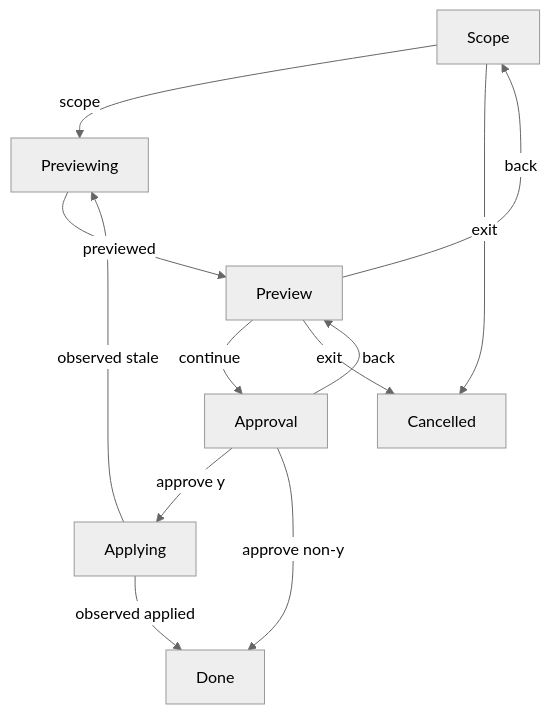
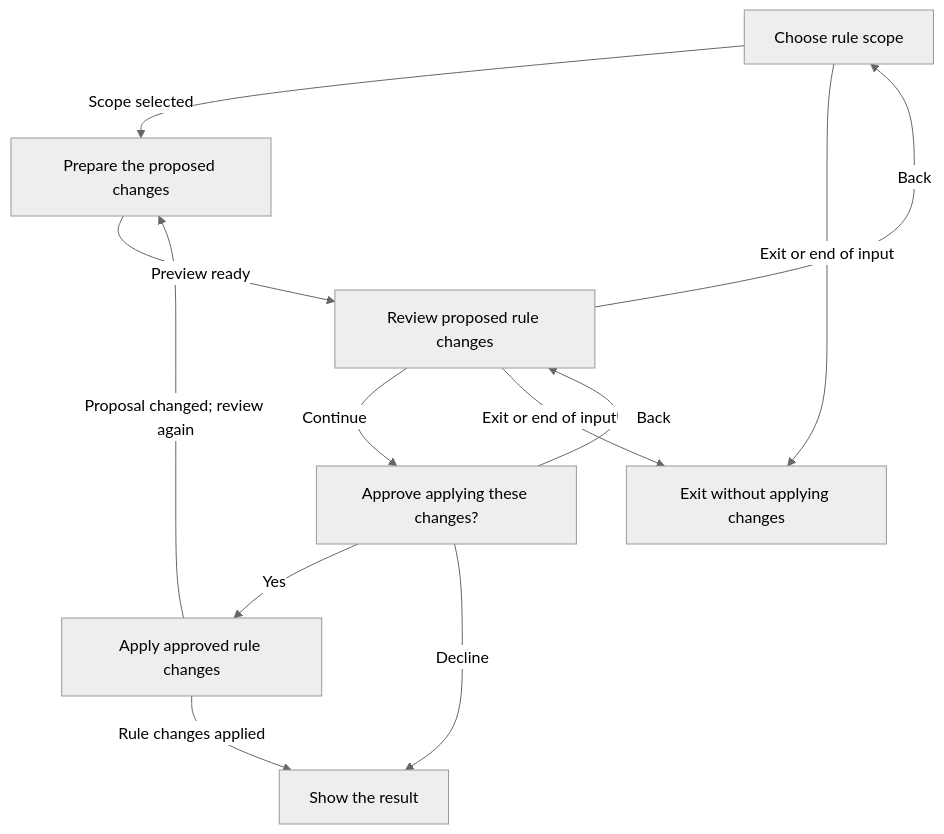
Before and after one commit to dearlordylord/hapsland: the diagram in docs/cli-interactions/rules.md, drawn with Mermaid (neutral theme). The commit also changed other lines of this file and 18 other files, not shown here.

Commit message:
Remove test traces from public terminal flow documentation

````diff
--- a/docs/cli-interactions/rules.md
+++ b/docs/cli-interactions/rules.md
@@ -11,14 +11,21 @@
 ```mermaid
 flowchart TD
-  Scope -->|"scope"| Previewing
-  Previewing -->|"previewed"| Preview
-  Preview -->|"continue"| Approval
-  Approval -->|"approve y"| Applying
-  Applying -->|"observed applied"| Done
-  Approval -->|"approve non-y"| Done
-  Approval -->|"back"| Preview
-  Preview -->|"back"| Scope
-  Scope -->|"exit"| Cancelled
-  Preview -->|"exit"| Cancelled
-  Applying -->|"observed stale"| Previewing
+  Scope["Choose rule scope"]
+  Previewing["Prepare the proposed changes"]
+  Preview["Review proposed rule changes"]
+  Approval["Approve applying these changes?"]
+  Applying["Apply approved rule changes"]
+  Done["Show the result"]
+  Cancelled["Exit without applying changes"]
+  Scope -->|"Scope selected"| Previewing
+  Previewing -->|"Preview ready"| Preview
+  Preview -->|"Continue"| Approval
+  Approval -->|"Yes"| Applying
+  Applying -->|"Rule changes applied"| Done
+  Approval -->|"Decline"| Done
+  Approval -->|"Back"| Preview
+  Preview -->|"Back"| Scope
+  Scope -->|"Exit or end of input"| Cancelled
+  Preview -->|"Exit or end of input"| Cancelled
+  Applying -->|"Proposal changed; review again"| Previewing
 ```
````
